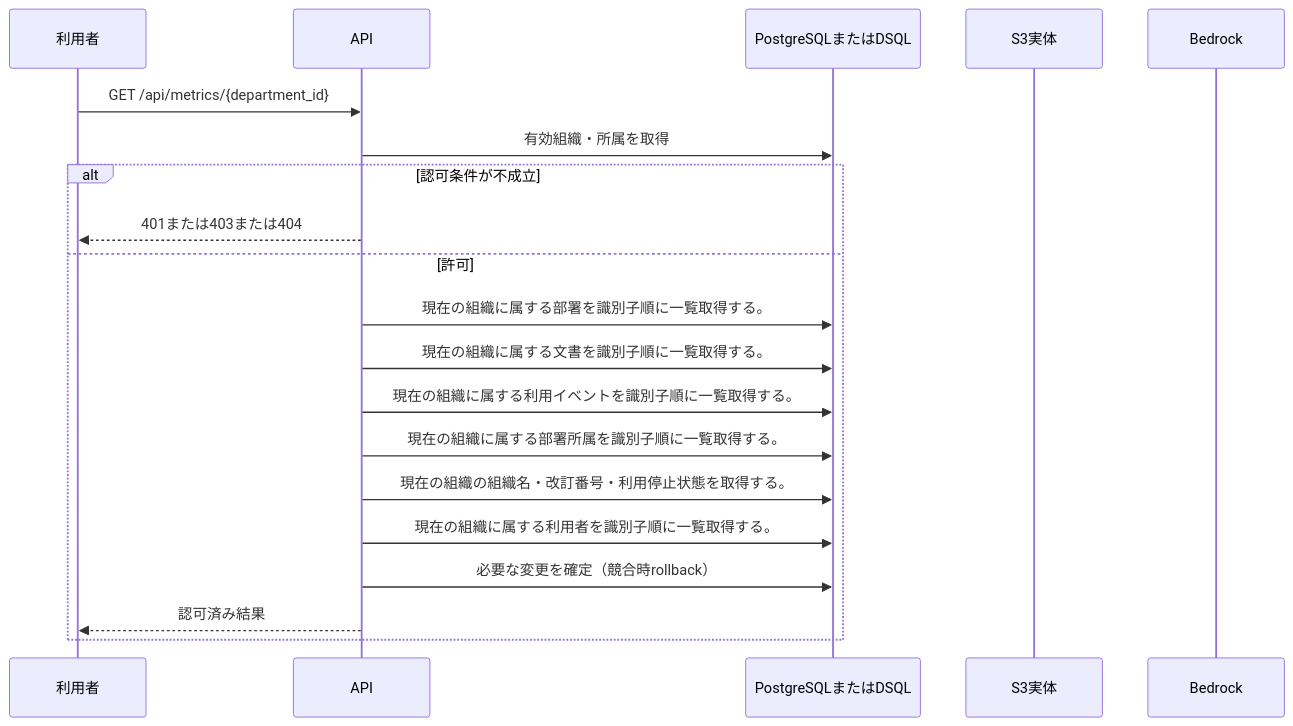
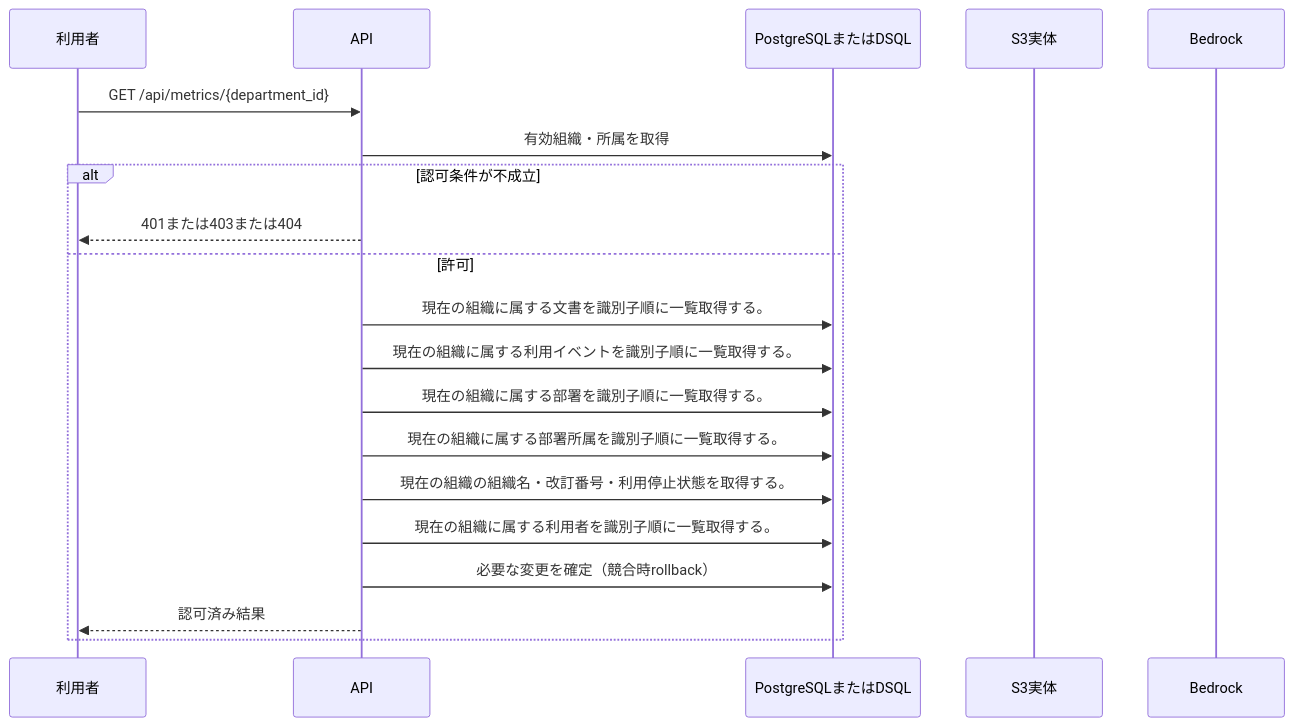
Before and after one commit to tsuji-tomonori/KotoRelay: the diagram in docs/design/generated/api/metrics/department_metrics/sequence.md, drawn with Mermaid. The commit also changed other lines of this file and 628 other files, not shown here.

````diff
--- a/docs/design/generated/api/metrics/department_metrics/sequence.md
+++ b/docs/design/generated/api/metrics/department_metrics/sequence.md
@@ -7,22 +7,22 @@
 ```mermaid
 sequenceDiagram
     participant U as 利用者
     participant A as API
     participant D as PostgreSQLまたはDSQL
     participant S as S3実体
     participant M as Bedrock
     U->>A: GET /api/metrics/{department_id}
     A->>D: 有効組織・所属を取得
     alt 認可条件が不成立
         A-->>U: 401または403または404
     else 許可
-        A->>D: 現在の組織に属する部署を識別子順に一覧取得する。
         A->>D: 現在の組織に属する文書を識別子順に一覧取得する。
         A->>D: 現在の組織に属する利用イベントを識別子順に一覧取得する。
+        A->>D: 現在の組織に属する部署を識別子順に一覧取得する。
         A->>D: 現在の組織に属する部署所属を識別子順に一覧取得する。
         A->>D: 現在の組織の組織名・改訂番号・利用停止状態を取得する。
         A->>D: 現在の組織に属する利用者を識別子順に一覧取得する。
         A->>D: 必要な変更を確定（競合時rollback）
         A-->>U: 認可済み結果
     end
 ```
````
